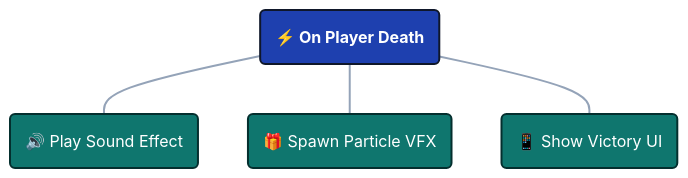
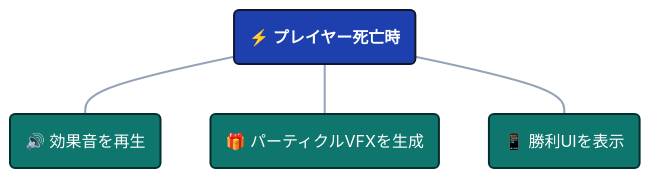
The first of 3 diagrams in i18n/ja/docusaurus-plugin-content-docs/current/game-event-system/flow-graph/game-event-node-connector.md (tinygiants-tech/TinyGiants), drawn with Mermaid before and after one commit. The commit also changed other lines of this file and 81 other files, not shown here.

````diff
--- a/i18n/ja/docusaurus-plugin-content-docs/current/game-event-system/flow-graph/game-event-node-connector.md
+++ b/i18n/ja/docusaurus-plugin-content-docs/current/game-event-system/flow-graph/game-event-node-connector.md
@@ -48,18 +48,18 @@
 ```mermaid
 graph TD
 
     classDef event fill:#1e40af,stroke:#0f172a,stroke-width:2px,color:#ffffff,font-weight:bold
     classDef sideEffect fill:#0f766e,stroke:#042f2e,stroke-width:2px,color:#ffffff
     
-    A("⚡ On Player Death"):::event
+    A("⚡ プレイヤー死亡時"):::event
     
-    B("🔊 Play Sound Effect"):::sideEffect
-    C("🎁 Spawn Particle VFX"):::sideEffect
-    D("📱 Show Victory UI"):::sideEffect
+    B("🔊 効果音を再生"):::sideEffect
+    C("🎁 パーティクルVFXを生成"):::sideEffect
+    D("📱 勝利UIを表示"):::sideEffect
 
     A --- B
     A --- C
     A --- D
 
     linkStyle default stroke:#94a3b8,stroke-width:2px
 ```
````
